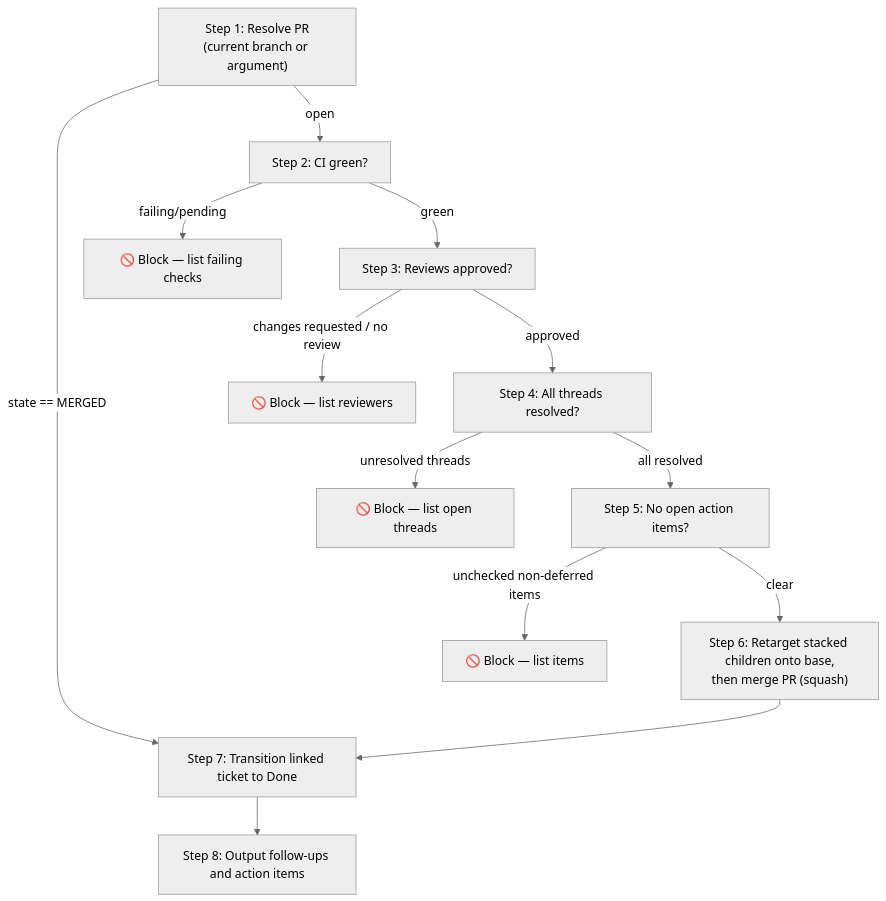
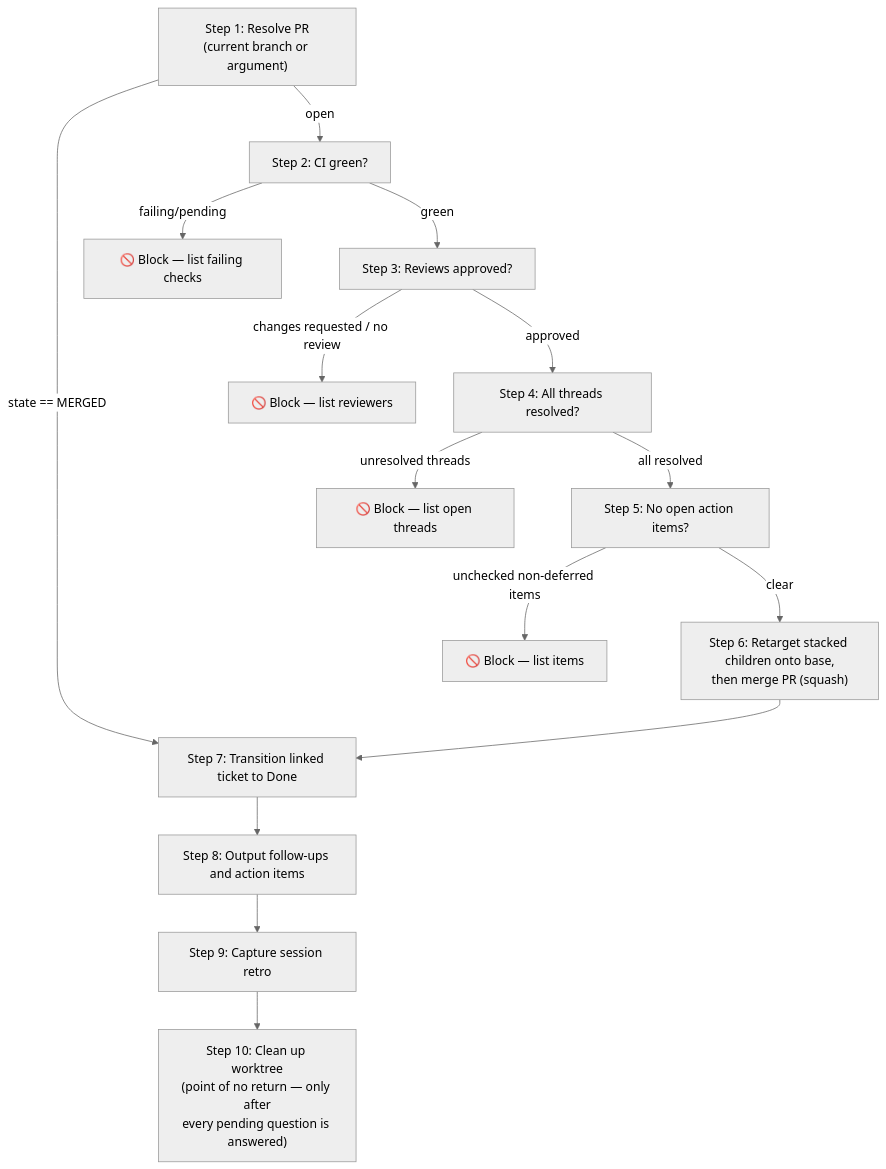
One commit to whizzzkid/skills changed the diagram in skills/pr-merge/README.md. Above: the diagram before and after it, drawn with Mermaid (neutral theme). The commit also changed other lines of this file and 2 other files, not shown here.

Commit message:
fix(skills): 🛡️ pr-merge — worktree cleanup is point-of-no-return, gate on pending questions
Cleanup destroys the branch/PR/local context that filing follow-ups (Step 8
offer) or answering a user digression depends on. Recurred across two sessions
where follow-ups were stranded because the worktree was already removed. Add a
Step 10 HARD RULE: run cleanup dead last, only after every pending question is
answered and acted on. Extend README diagram with Steps 9–10.

Generated with [wk-skills](https://github.com/whizzzkid/skills) and multiple models.

````diff
--- a/skills/pr-merge/README.md
+++ b/skills/pr-merge/README.md
@@ -18,15 +18,17 @@
 ```mermaid
 flowchart TD
     A["Step 1: Resolve PR<br/>(current branch or argument)"] -->|state == MERGED| G
     A -->|open| B["Step 2: CI green?"]
     B -->|failing/pending| BLOCK1["🚫 Block — list failing checks"]
     B -->|green| C["Step 3: Reviews approved?"]
     C -->|changes requested / no review| BLOCK2["🚫 Block — list reviewers"]
     C -->|approved| D["Step 4: All threads resolved?"]
     D -->|unresolved threads| BLOCK3["🚫 Block — list open threads"]
     D -->|all resolved| E["Step 5: No open action items?"]
     E -->|unchecked non-deferred items| BLOCK4["🚫 Block — list items"]
     E -->|clear| F["Step 6: Retarget stacked children onto base,<br/>then merge PR (squash)"]
     F --> G["Step 7: Transition linked ticket to Done"]
     G --> H["Step 8: Output follow-ups and action items"]
+    H --> I["Step 9: Capture session retro"]
+    I --> J["Step 10: Clean up worktree<br/>(point of no return — only after<br/>every pending question is answered)"]
 ```
````
